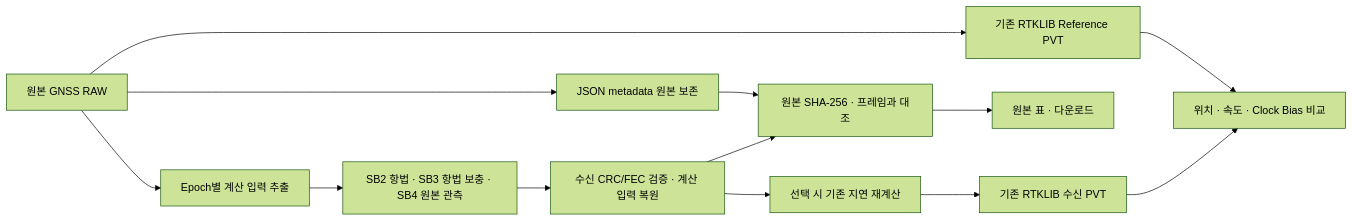
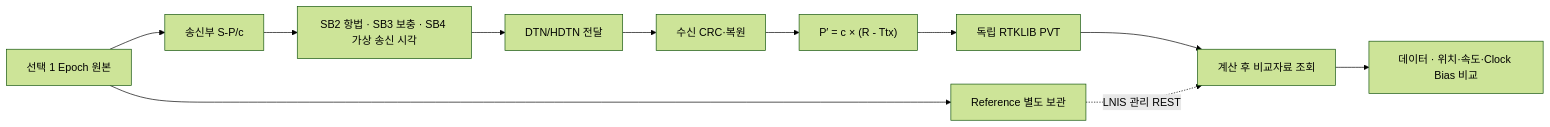
One commit to kjsu1994/imt-lnis changed the diagram in README.md. Above: the diagram before and after it, drawn with Mermaid (forest theme). The commit also changed other lines of this file and 36 other files, not shown here.

````diff
--- a/README.md
+++ b/README.md
@@ -130,15 +118,13 @@
 ```mermaid
 flowchart LR
-    RAW[원본 GNSS RAW] --> REF[기존 RTKLIB Reference PVT]
-    RAW --> PACK[Epoch별 계산 입력 추출]
-    PACK --> FRAME[SB2 항법 · SB3 항법 보충 · SB4 원본 관측]
-    RAW --> META[JSON metadata 원본 보존]
-    FRAME --> DECODE[수신 CRC/FEC 검증 · 계산 입력 복원]
-    META --> CHECK[원본 SHA-256 · 프레임과 대조]
-    DECODE --> CHECK
-    DECODE --> DELAY[선택 시 기존 지연 재계산]
-    CHECK --> VIEW[원본 표 · 다운로드]
-    DELAY --> PVT[기존 RTKLIB 수신 PVT]
-    REF --> COMPARE[위치 · 속도 · Clock Bias 비교]
-    PVT --> COMPARE
+    RAW[선택 1 Epoch 원본] --> REF[Reference 별도 보관]
+    RAW --> TX[송신부 S-P/c]
+    TX --> FRAME[SB2 항법 · SB3 보충 · SB4 가상 송신 시각]
+    FRAME --> ADAPTER[DTN/HDTN 전달]
+    ADAPTER --> DECODE[수신 CRC·복원]
+    DECODE --> RANGE["P′ = c × (R - Ttx)"]
+    RANGE --> PVT[독립 RTKLIB PVT]
+    PVT --> FETCH[계산 후 비교자료 조회]
+    REF -. LNIS 관리 REST .-> FETCH
+    FETCH --> COMPARE[데이터 · 위치·속도·Clock Bias 비교]
 ```
````
